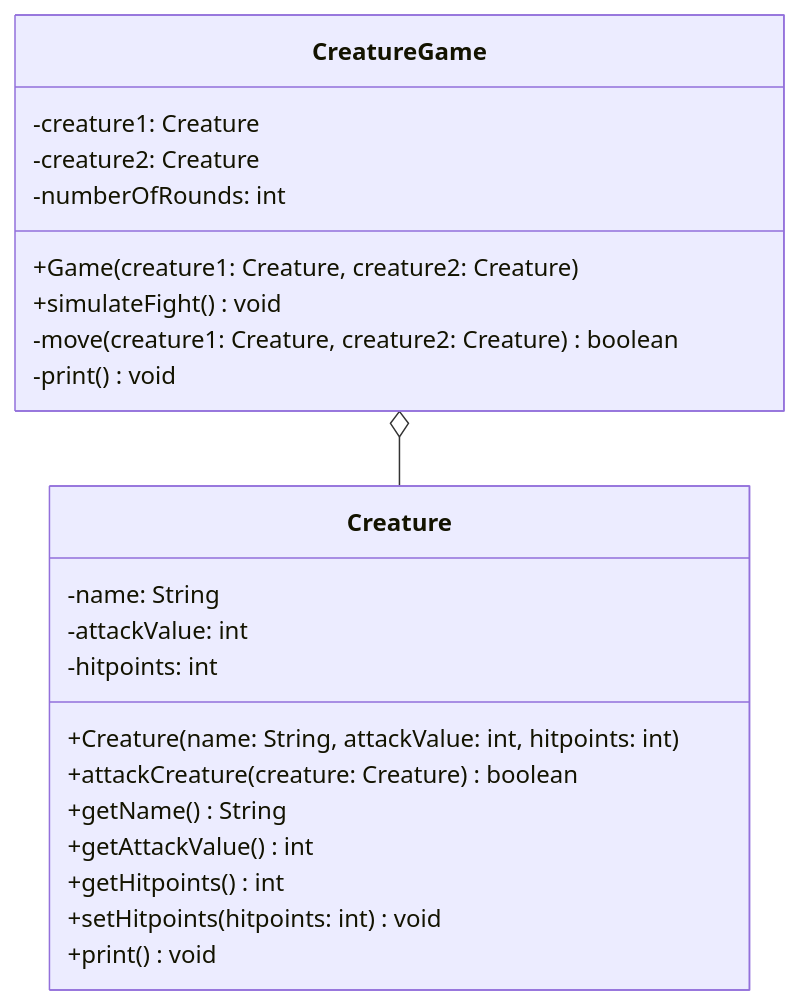
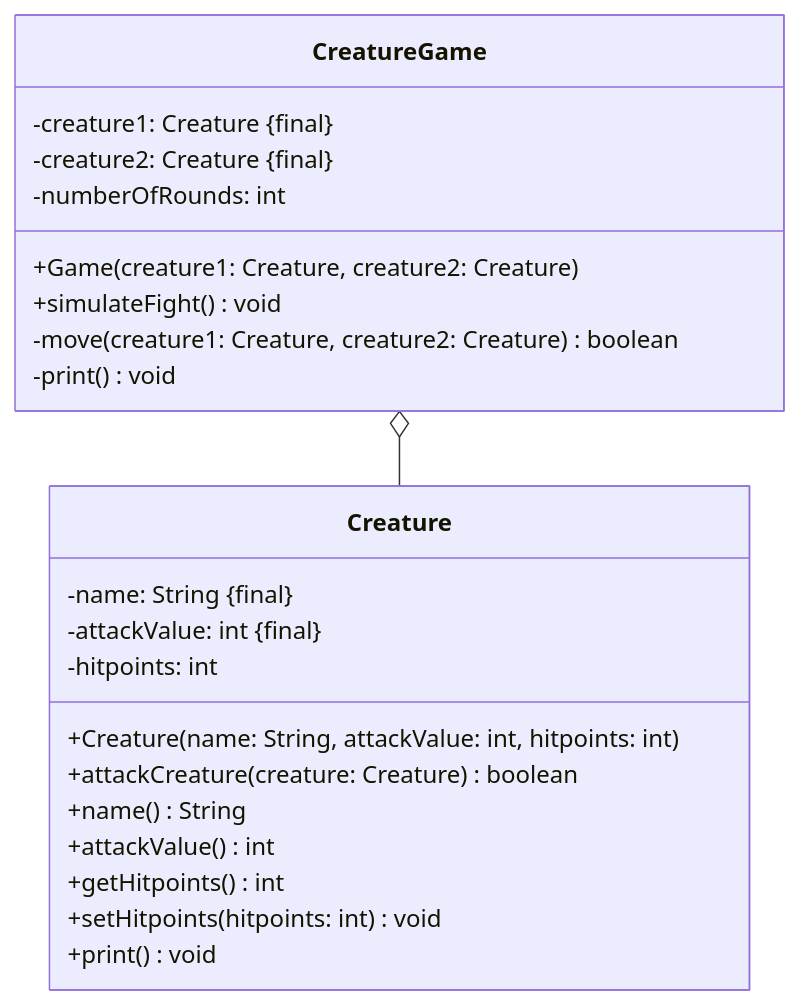
One commit to jappuccini/java-docs changed the diagram in docs/exercises/uml/class-diagrams03.mdx. Above: the diagram before and after it, drawn with Mermaid. The commit also changed 33 other files, not shown here.

````diff
--- a/docs/exercises/uml/class-diagrams03.mdx
+++ b/docs/exercises/uml/class-diagrams03.mdx
@@ -15,27 +15,27 @@
 ```mermaid
 classDiagram
     CreatureGame o-- Creature
 
     class CreatureGame {
-        -creature1: Creature
-        -creature2: Creature
+        -creature1: Creature &#123final&#125
+        -creature2: Creature &#123final&#125
         -numberOfRounds: int
         +Game(creature1: Creature, creature2: Creature)
         +simulateFight() void
         -move(creature1: Creature, creature2: Creature) boolean
         -print() void
     }
 
     class Creature {
-        -name: String
-        -attackValue: int
+        -name: String &#123final&#125
+        -attackValue: int &#123final&#125
         -hitpoints: int
         +Creature(name: String, attackValue: int, hitpoints: int)
         +attackCreature(creature: Creature) boolean
-        +getName() String
-        +getAttackValue() int
+        +name() String
+        +attackValue() int
         +getHitpoints() int
         +setHitpoints(hitpoints: int) void
         +print() void
     }
 ```
````
